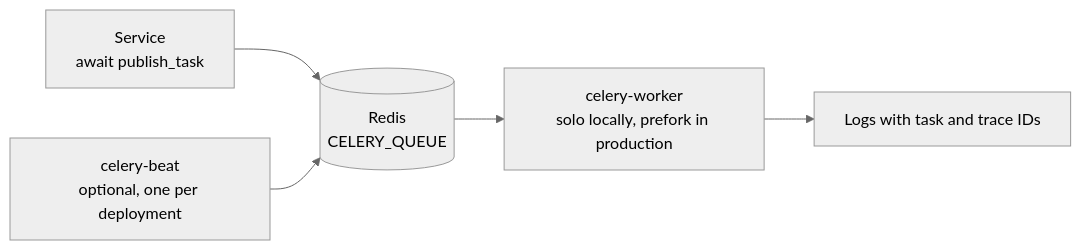
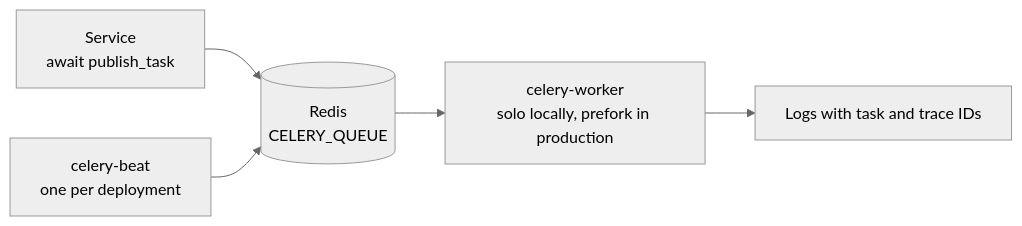
One commit to Blueprint4Agent/Blueprint4Agent.github.io changed the diagram in docs/features/background-jobs.mdx. Above: the diagram before and after it, drawn with Mermaid (neutral theme). The commit also changed other lines of this file and 14 other files, not shown here.

````diff
--- a/docs/features/background-jobs.mdx
+++ b/docs/features/background-jobs.mdx
@@ -18,7 +18,7 @@
 ```mermaid
 flowchart LR
     SV["Service<br/>await publish_task"] --> Q[("Redis<br/>CELERY_QUEUE")]
-    B["celery-beat<br/>optional, one per deployment"] --> Q
+    B["celery-beat<br/>one per deployment"] --> Q
     Q --> W["celery-worker<br/>solo locally, prefork in production"]
     W --> L["Logs with task and trace IDs"]
 ```
````
